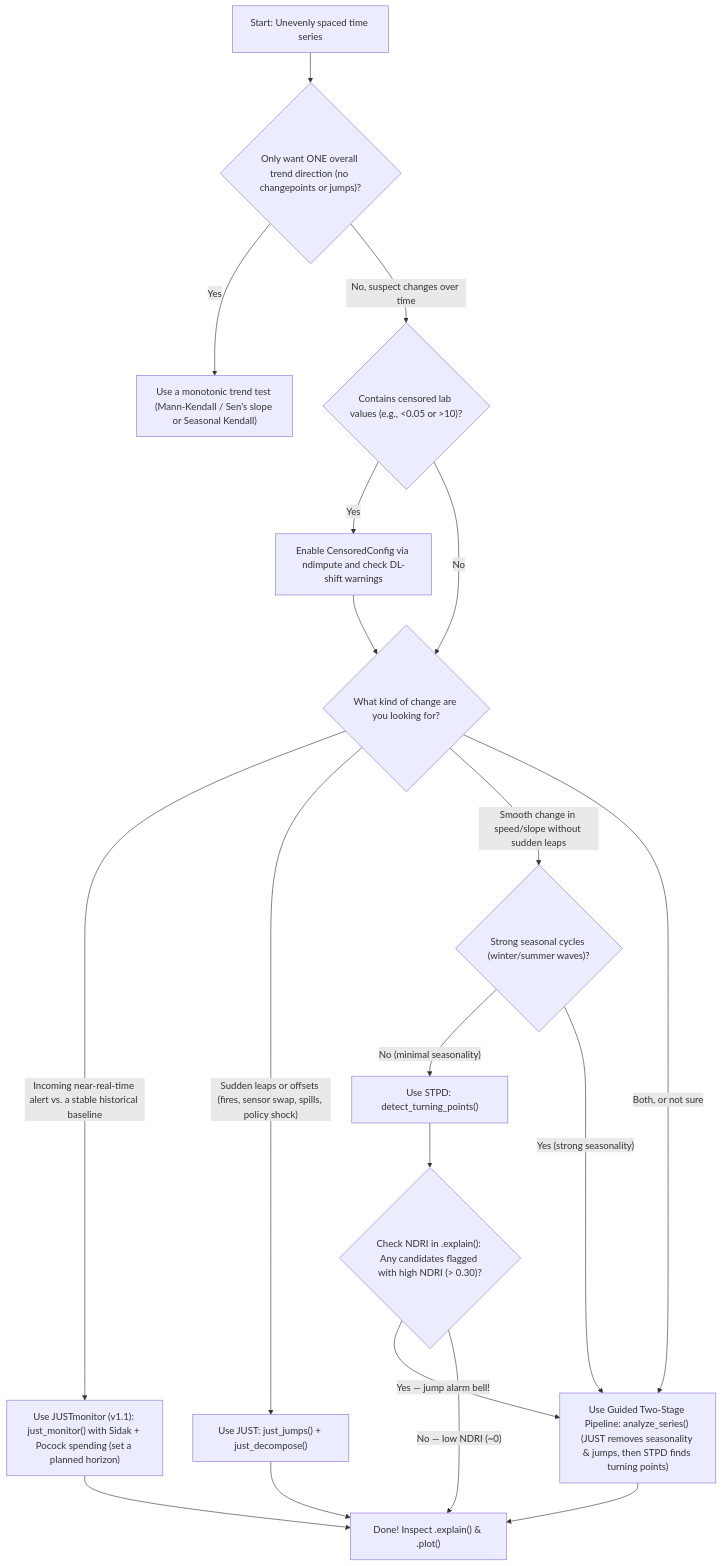
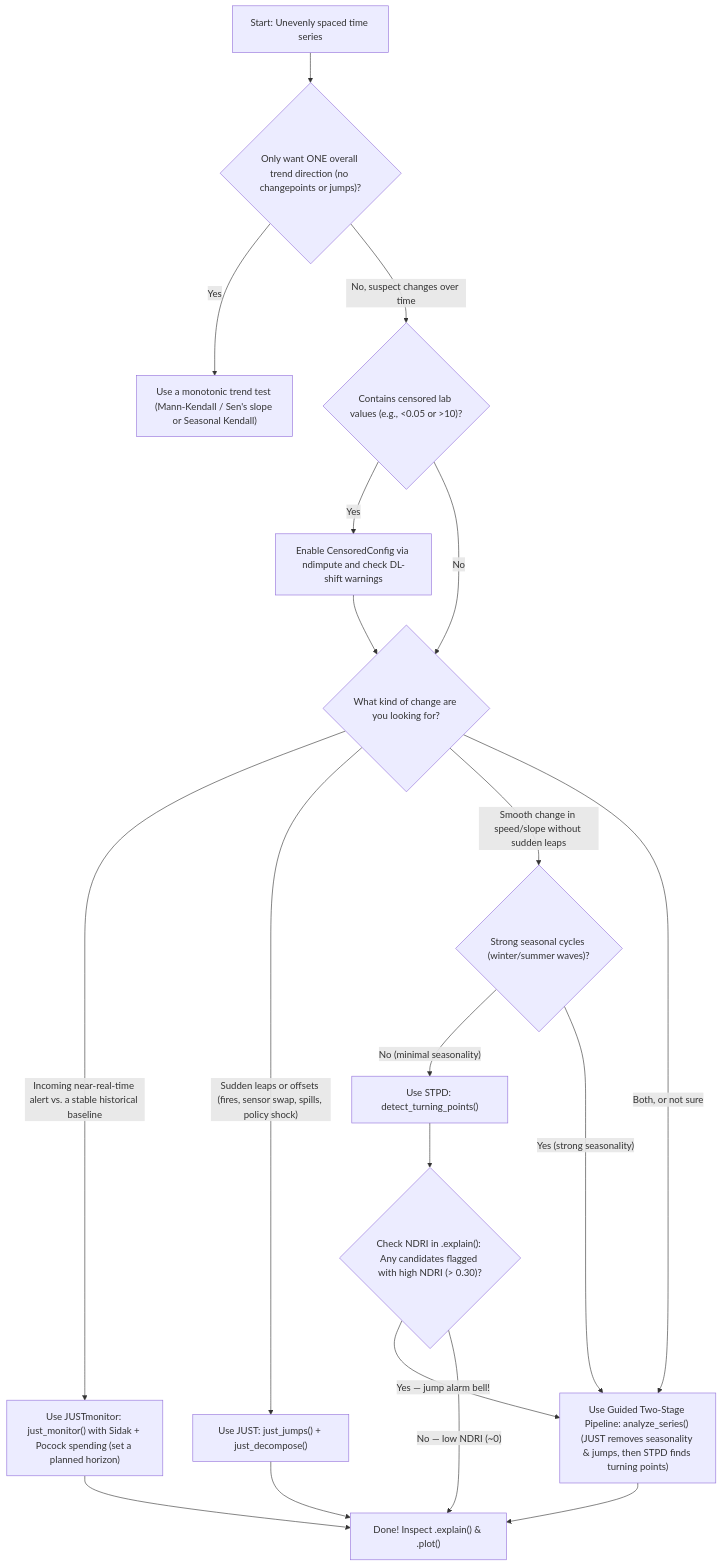
The diagram in docs/guide/which-method.md (LukeAFullard/tspec), drawn with Mermaid before and after one commit. The commit also changed 18 other files, not shown here.

````diff
--- a/docs/guide/which-method.md
+++ b/docs/guide/which-method.md
@@ -13,24 +13,24 @@
 ```mermaid
 flowchart TD
     Start["Start: Unevenly spaced time series"] --> Q0{"Only want ONE overall trend direction (no changepoints or jumps)?"}
     Q0 -- "Yes" --> MK["Use a monotonic trend test (Mann-Kendall / Sen's slope or Seasonal Kendall)"]
     Q0 -- "No, suspect changes over time" --> QC{"Contains censored lab values (e.g., <0.05 or >10)?"}
     QC -- "Yes" --> Cens["Enable CensoredConfig via ndimpute and check DL-shift warnings"]
     QC -- "No" --> Q1
     Cens --> Q1{"What kind of change are you looking for?"}
 
-    Q1 -- "Incoming near-real-time alert vs. a stable historical baseline" --> NRT["Use JUSTmonitor (v1.1): just_monitor() with Sidak + Pocock spending (set a planned horizon)"]
+    Q1 -- "Incoming near-real-time alert vs. a stable historical baseline" --> NRT["Use JUSTmonitor: just_monitor() with Sidak + Pocock spending (set a planned horizon)"]
     Q1 -- "Sudden leaps or offsets (fires, sensor swap, spills, policy shock)" --> Q1S["Use JUST: just_jumps() + just_decompose()"]
     Q1 -- "Smooth change in speed/slope without sudden leaps" --> Q2{"Strong seasonal cycles (winter/summer waves)?"}
     Q1 -- "Both, or not sure" --> Pipe["Use Guided Two-Stage Pipeline: analyze_series() (JUST removes seasonality & jumps, then STPD finds turning points)"]
 
     Q2 -- "No (minimal seasonality)" --> STPD["Use STPD: detect_turning_points()"]
     Q2 -- "Yes (strong seasonality)" --> Pipe
 
     STPD --> NDRI{"Check NDRI in .explain(): Any candidates flagged with high NDRI (> 0.30)?"}
     NDRI -- "Yes — jump alarm bell!" --> Pipe
     NDRI -- "No — low NDRI (~0)" --> Done["Done! Inspect .explain() & .plot()"]
     Q1S --> Done
     NRT --> Done
     Pipe --> Done
 ```
````
